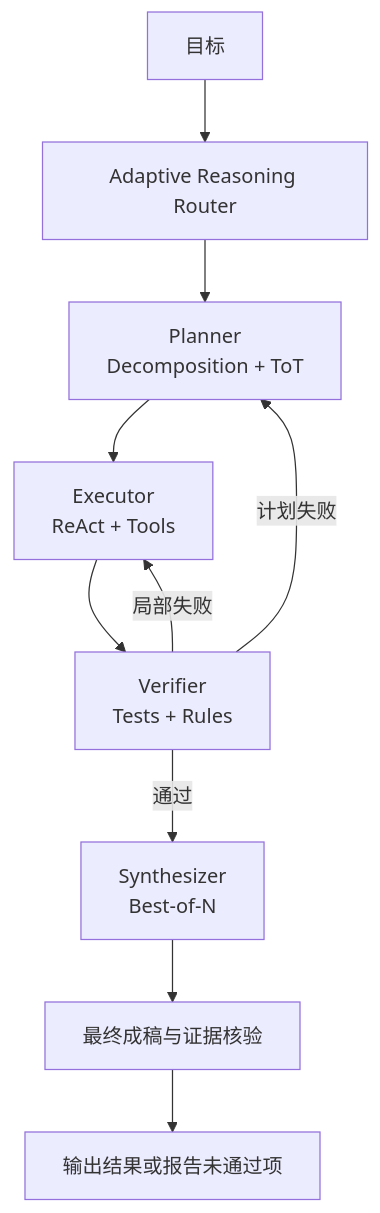
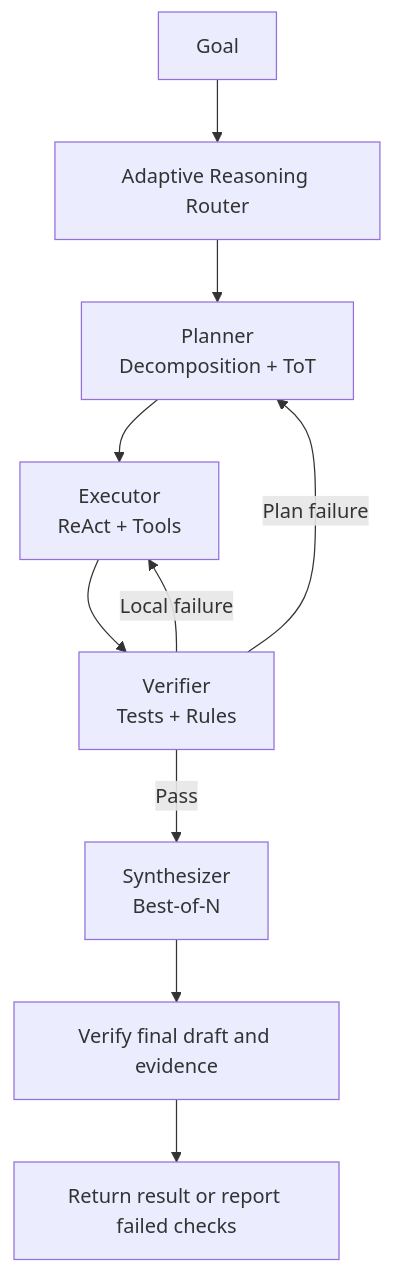
Diagram 16 of 17 in docs/agent/02-reasoning-planning/05-agent-reasoning-methods.md (oneleaveknowsthefall/awesome-ai-roadmap), drawn with Mermaid before and after one commit. The commit also changed other lines of this file and 68 other files, not shown here.

````diff
--- a/docs/agent/02-reasoning-planning/05-agent-reasoning-methods.md
+++ b/docs/agent/02-reasoning-planning/05-agent-reasoning-methods.md
@@ -712,12 +712,12 @@
 ```mermaid
 flowchart TB
-    G[目标] --> AR[Adaptive Reasoning Router]
+    G[Goal] --> AR[Adaptive Reasoning Router]
     AR --> P[Planner<br/>Decomposition + ToT]
     P --> E[Executor<br/>ReAct + Tools]
     E --> V[Verifier<br/>Tests + Rules]
-    V -->|局部失败| E
-    V -->|计划失败| P
-    V -->|通过| S[Synthesizer<br/>Best-of-N]
-    S --> FINAL[最终成稿与证据核验]
-    FINAL --> OUT[输出结果或报告未通过项]
+    V -->|Local failure| E
+    V -->|Plan failure| P
+    V -->|Pass| S[Synthesizer<br/>Best-of-N]
+    S --> FINAL[Verify final draft and evidence]
+    FINAL --> OUT[Return result or report failed checks]
 ```
````
